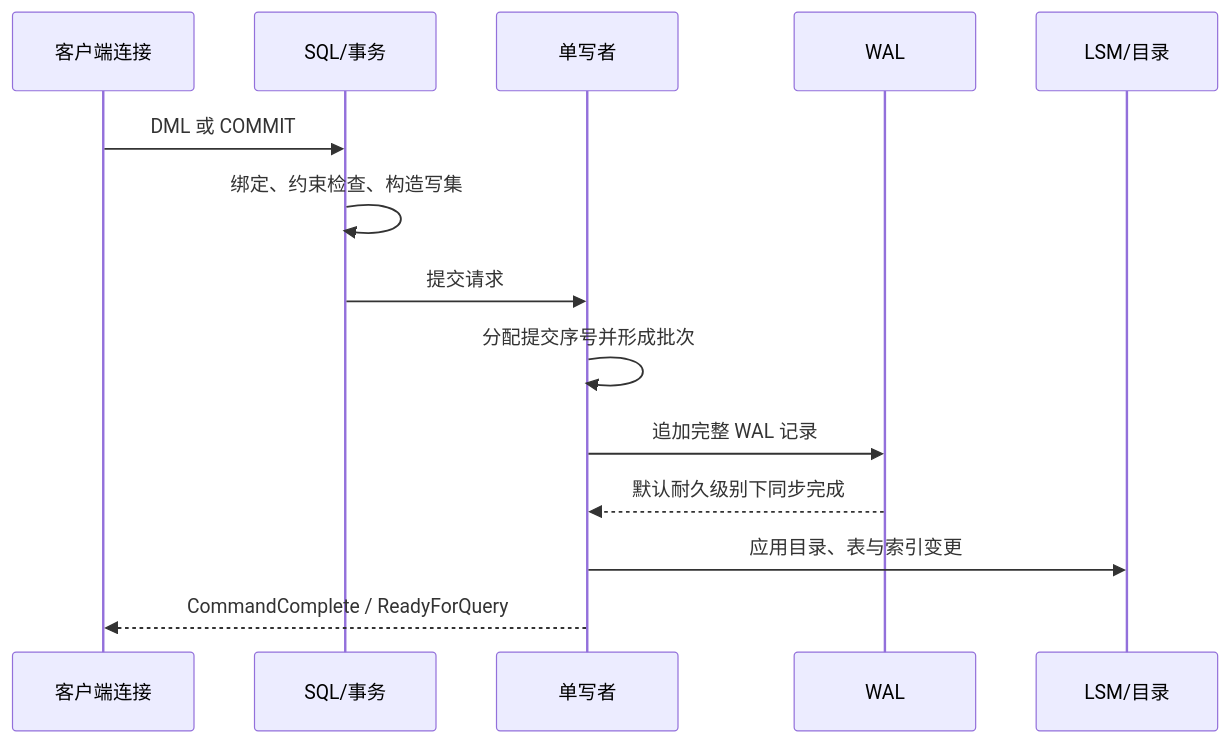
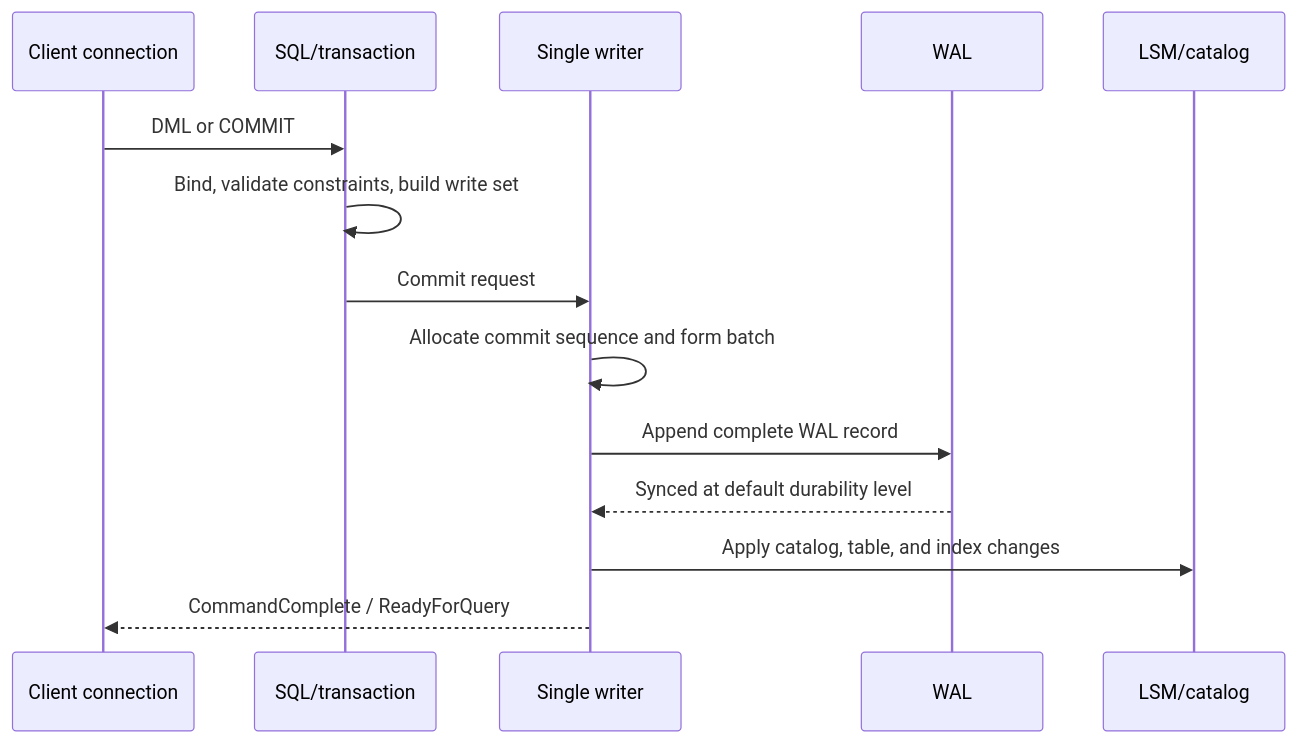
The third of 3 diagrams in docs/ARCHITECTURE.md (viloris-org/Pico), drawn with Mermaid before and after one commit. The commit also changed other lines of this file and 30 other files, not shown here.

````diff
--- a/docs/ARCHITECTURE.md
+++ b/docs/ARCHITECTURE.md
@@ -128,17 +111,17 @@
 ```mermaid
 sequenceDiagram
-  participant C as 客户端连接
-  participant S as SQL/事务
-  participant W as 单写者
+  participant C as Client connection
+  participant S as SQL/transaction
+  participant W as Single writer
   participant L as WAL
-  participant M as LSM/目录
+  participant M as LSM/catalog
 
-  C->>S: DML 或 COMMIT
-  S->>S: 绑定、约束检查、构造写集
-  S->>W: 提交请求
-  W->>W: 分配提交序号并形成批次
-  W->>L: 追加完整 WAL 记录
-  L-->>W: 默认耐久级别下同步完成
-  W->>M: 应用目录、表与索引变更
+  C->>S: DML or COMMIT
+  S->>S: Bind, validate constraints, build write set
+  S->>W: Commit request
+  W->>W: Allocate commit sequence and form batch
+  W->>L: Append complete WAL record
+  L-->>W: Synced at default durability level
+  W->>M: Apply catalog, table, and index changes
   W-->>C: CommandComplete / ReadyForQuery
 ```
````
